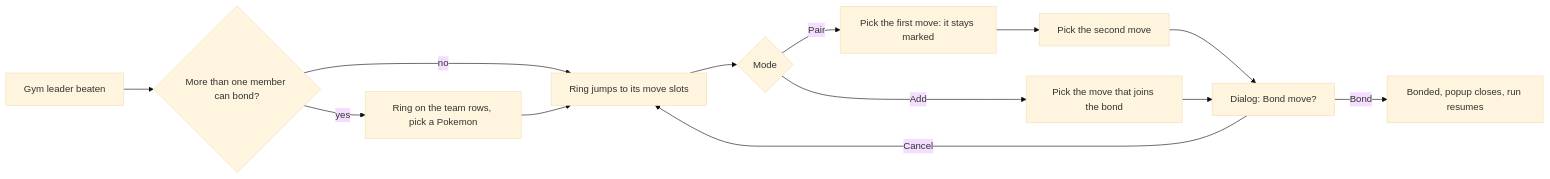
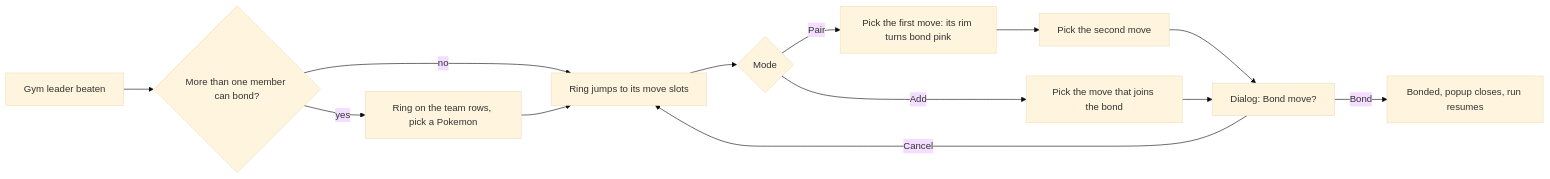
The second of 2 diagrams in docs/ASCII Concept Maps/155 - Bond Selection Layout.md (Jess-Rivera/pokesurvivor_fork), drawn with Mermaid (base theme) before and after one commit. The commit also changed other lines of this file and 12 other files, not shown here.

````diff
--- a/docs/ASCII Concept Maps/155 - Bond Selection Layout.md
+++ b/docs/ASCII Concept Maps/155 - Bond Selection Layout.md
@@ -41,14 +41,14 @@
 ```mermaid
 flowchart LR
   A[Gym leader beaten] --> P{More than one member can bond?}
   P -- yes --> S[Ring on the team rows, pick a Pokemon]
   P -- no --> MV
   S --> MV[Ring jumps to its move slots]
   MV --> K{Mode}
-  K -- Pair --> F1[Pick the first move: it stays marked] --> F2[Pick the second move]
+  K -- Pair --> F1[Pick the first move: its rim turns bond pink] --> F2[Pick the second move]
   K -- Add --> F3[Pick the move that joins the bond]
   F2 --> Q[Dialog: Bond move?]
   F3 --> Q
   Q -- Bond --> Done[Bonded, popup closes, run resumes]
   Q -- Cancel --> MV
 ```
````
